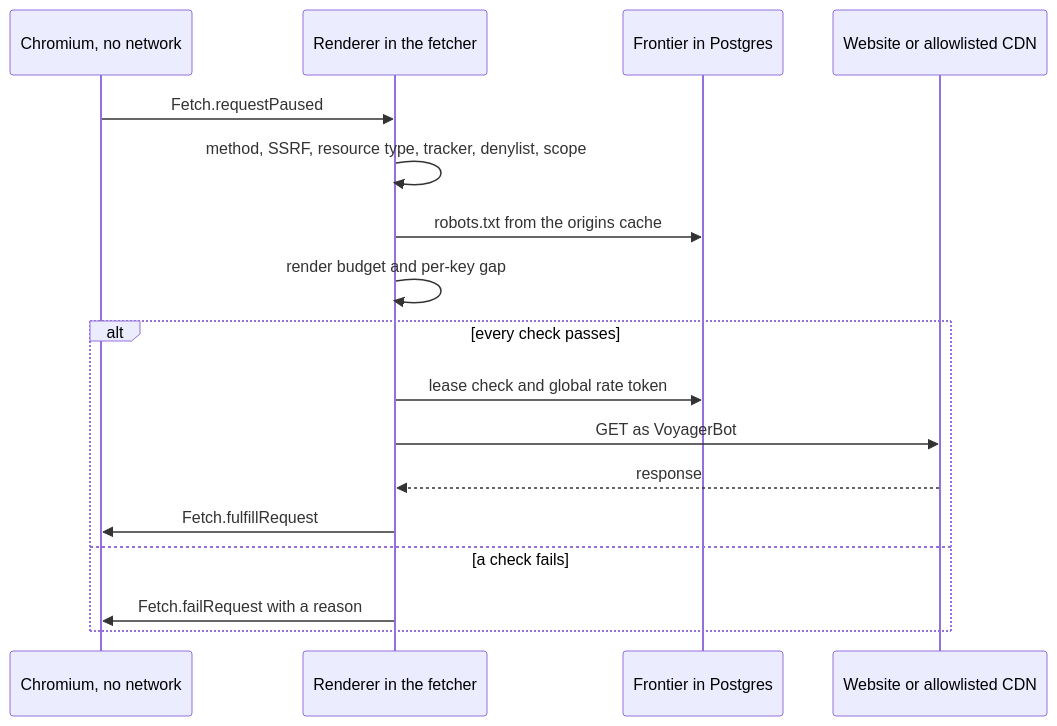
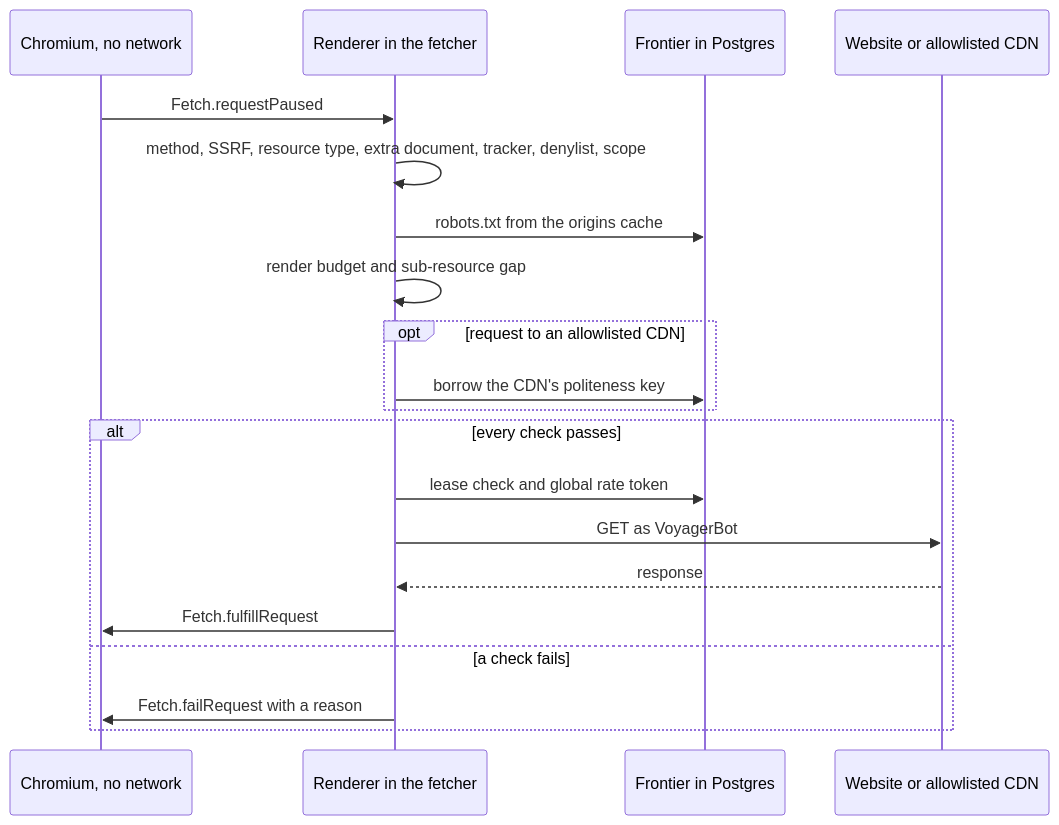
One commit to rupakc/travel-planner-crawler changed the diagram in docs/wiki/Rendering-with-Chromium.md. Above: the diagram before and after it, drawn with Mermaid. The commit also changed other lines of this file and 40 other files, not shown here.

````diff
--- a/docs/wiki/Rendering-with-Chromium.md
+++ b/docs/wiki/Rendering-with-Chromium.md
@@ -38,19 +41,22 @@
 ```mermaid
 sequenceDiagram
   participant C as Chromium, no network
   participant R as Renderer in the fetcher
   participant DB as Frontier in Postgres
   participant W as Website or allowlisted CDN
   C->>R: Fetch.requestPaused
-  R->>R: method, SSRF, resource type, tracker, denylist, scope
+  R->>R: method, SSRF, resource type, extra document, tracker, denylist, scope
   R->>DB: robots.txt from the origins cache
-  R->>R: render budget and per-key gap
+  R->>R: render budget and sub-resource gap
+  opt request to an allowlisted CDN
+    R->>DB: borrow the CDN's politeness key
+  end
   alt every check passes
     R->>DB: lease check and global rate token
     R->>W: GET as VoyagerBot
     W-->>R: response
     R->>C: Fetch.fulfillRequest
   else a check fails
     R->>C: Fetch.failRequest with a reason
   end
 ```
````
